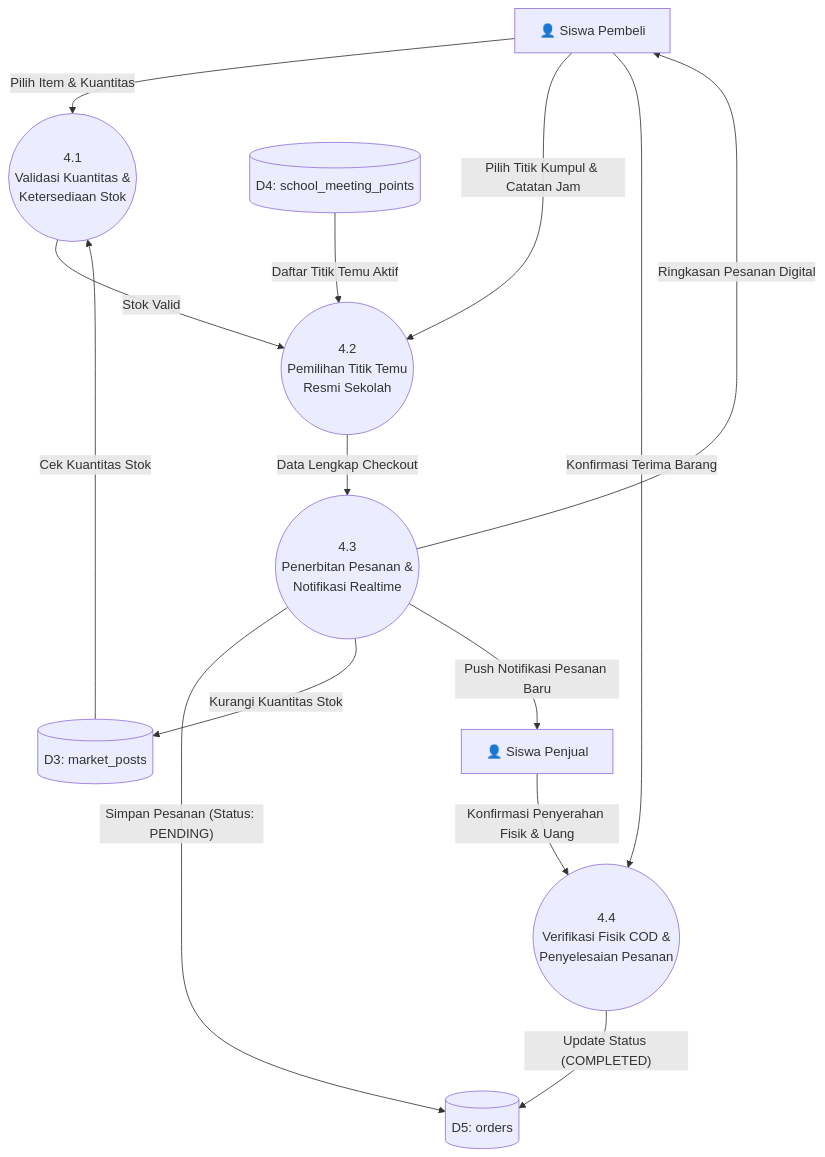
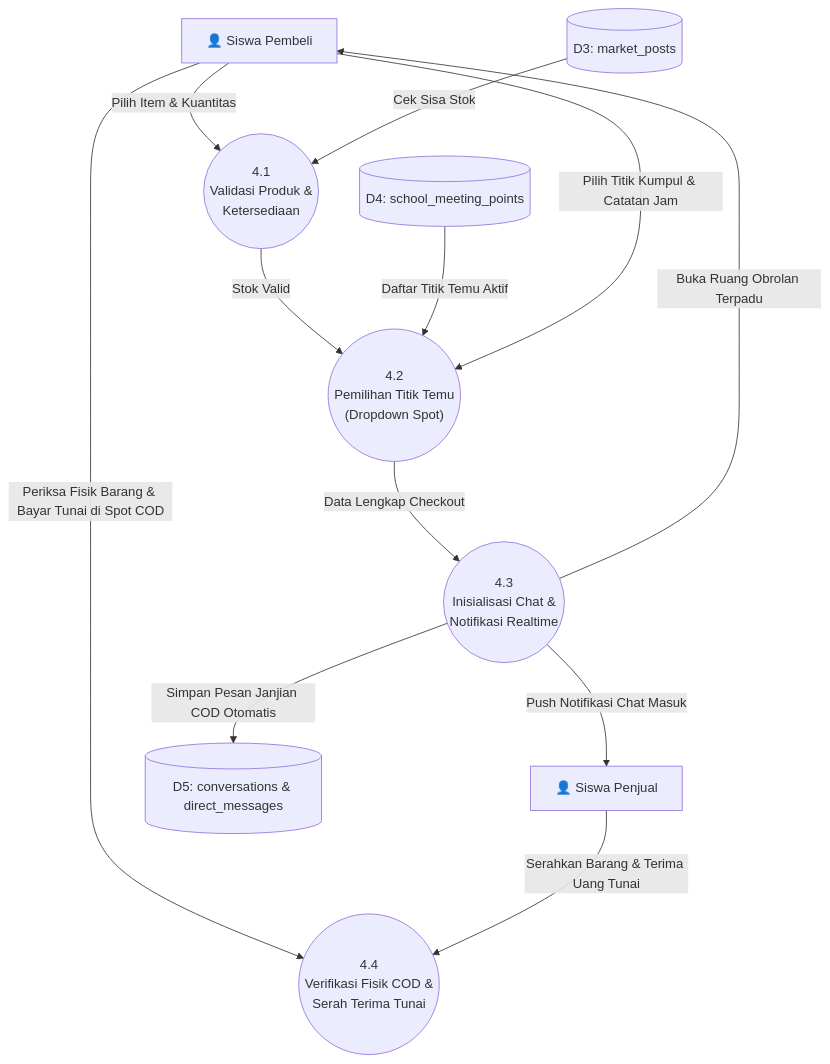
One commit to HelloRayy/snaps changed the fifth of 11 diagrams in docs/bab3/BAB_III_PERANCANGAN_ARSITEKTUR_SISTEM.md. Above: the diagram before and after it, drawn with Mermaid. The commit also changed other lines of this file and 4 other files, not shown here.

Commit message:
docs(bab3): align flowchart and DFD with direct message COD coordination and dropdown spots

````diff
--- a/docs/bab3/BAB_III_PERANCANGAN_ARSITEKTUR_SISTEM.md
+++ b/docs/bab3/BAB_III_PERANCANGAN_ARSITEKTUR_SISTEM.md
@@ -186,31 +184,29 @@
 ```mermaid
 flowchart TD
     Pembeli["👤 Siswa Pembeli"]
     Penjual["👤 Siswa Penjual"]
 
-    P41(("4.1<br/>Validasi Kuantitas &<br/>Ketersediaan Stok"))
-    P42(("4.2<br/>Pemilihan Titik Temu<br/>Resmi Sekolah"))
-    P43(("4.3<br/>Penerbitan Pesanan &<br/>Notifikasi Realtime"))
-    P44(("4.4<br/>Verifikasi Fisik COD &<br/>Penyelesaian Pesanan"))
+    P41(("4.1<br/>Validasi Produk &<br/>Ketersediaan"))
+    P42(("4.2<br/>Pemilihan Titik Temu<br/>(Dropdown Spot)"))
+    P43(("4.3<br/>Inisialisasi Chat &<br/>Notifikasi Realtime"))
+    P44(("4.4<br/>Verifikasi Fisik COD &<br/>Serah Terima Tunai"))
 
     D3[("D3: market_posts")]
     D4[("D4: school_meeting_points")]
-    D5[("D5: orders")]
+    D5[("D5: conversations & direct_messages")]
 
     Pembeli -->|Pilih Item & Kuantitas| P41
-    D3 -->|Cek Kuantitas Stok| P41
+    D3 -->|Cek Sisa Stok| P41
     P41 -->|Stok Valid| P42
 
     D4 -->|Daftar Titik Temu Aktif| P42
     Pembeli -->|Pilih Titik Kumpul & Catatan Jam| P42
     P42 -->|Data Lengkap Checkout| P43
 
-    P43 -->|"Simpan Pesanan (Status: PENDING)"| D5
-    P43 -->|Kurangi Kuantitas Stok| D3
-    P43 -->|Push Notifikasi Pesanan Baru| Penjual
-    P43 -->|Ringkasan Pesanan Digital| Pembeli
+    P43 -->|"Simpan Pesan Janjian COD Otomatis"| D5
+    P43 -->|Push Notifikasi Chat Masuk| Penjual
+    P43 -->|Buka Ruang Obrolan Terpadu| Pembeli
 
-    Pembeli -->|Konfirmasi Terima Barang| P44
-    Penjual -->|Konfirmasi Penyerahan Fisik & Uang| P44
-    P44 -->|"Update Status (COMPLETED)"| D5
+    Pembeli -->|Periksa Fisik Barang & Bayar Tunai di Spot COD| P44
+    Penjual -->|Serahkan Barang & Terima Uang Tunai| P44
 ```
````
